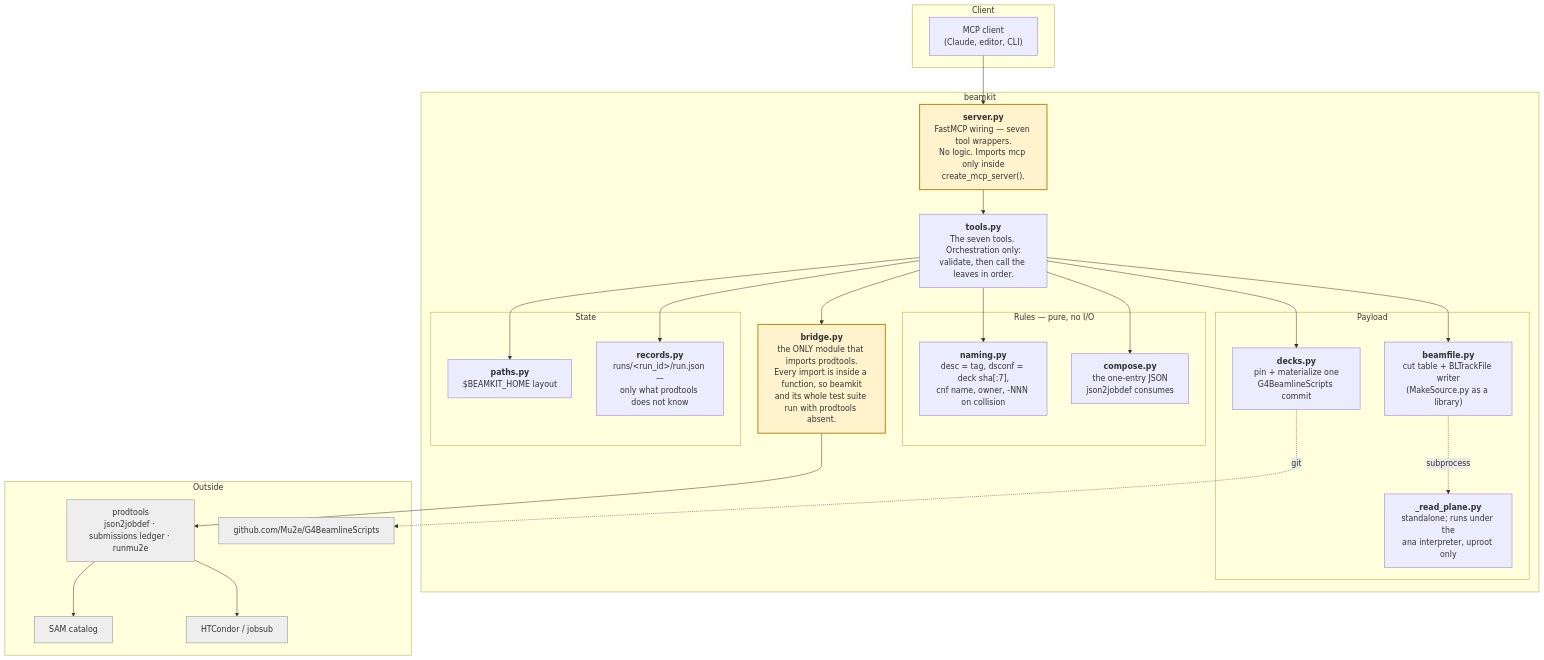
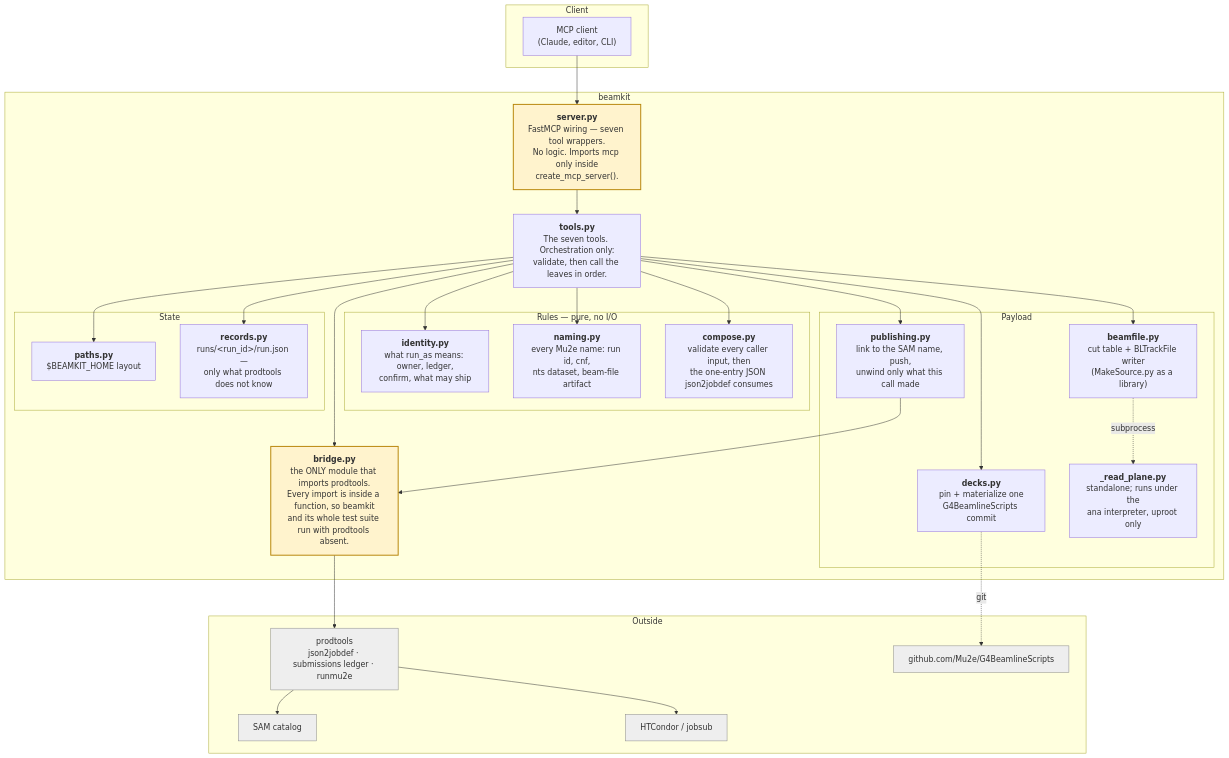
One commit to oksuzian/beamkit changed the first of 3 diagrams in docs/architecture.md. Above: the diagram before and after it, drawn with Mermaid. The commit also changed other lines of this file and 2 other files, not shown here.

First line of the commit message:
docs: identity and publishing modules, run states, label, CONTEXT.md

````diff
--- a/docs/architecture.md
+++ b/docs/architecture.md
@@ -16,49 +16,52 @@
 ```mermaid
 graph TB
     subgraph clients["Client"]
         MCP["MCP client<br/>(Claude, editor, CLI)"]
     end
 
     subgraph beamkit["beamkit"]
         SRV["<b>server.py</b><br/>FastMCP wiring — seven tool wrappers.<br/>No logic. Imports mcp only inside<br/>create_mcp_server()."]
         TOOLS["<b>tools.py</b><br/>The seven tools. Orchestration only:<br/>validate, then call the leaves in order."]
 
         subgraph rules["Rules — pure, no I/O"]
-            NAM["<b>naming.py</b><br/>desc = tag, dsconf = deck sha[:7],<br/>cnf name, owner, -NNN on collision"]
-            CMP["<b>compose.py</b><br/>the one-entry JSON<br/>json2jobdef consumes"]
+            IDN["<b>identity.py</b><br/>what run_as means: owner, ledger,<br/>confirm, what may ship"]
+            NAM["<b>naming.py</b><br/>every Mu2e name: run id, cnf,<br/>nts dataset, beam-file artifact"]
+            CMP["<b>compose.py</b><br/>validate every caller input, then<br/>the one-entry JSON json2jobdef consumes"]
         end
 
         subgraph payload["Payload"]
             DEK["<b>decks.py</b><br/>pin + materialize one<br/>G4BeamlineScripts commit"]
             BF["<b>beamfile.py</b><br/>cut table + BLTrackFile writer<br/>(MakeSource.py as a library)"]
+            PUB["<b>publishing.py</b><br/>link to the SAM name, push,<br/>unwind only what this call made"]
             RP["<b>_read_plane.py</b><br/>standalone; runs under the<br/>ana interpreter, uproot only"]
         end
 
         subgraph store["State"]
             PTH["<b>paths.py</b><br/>$BEAMKIT_HOME layout"]
             REC["<b>records.py</b><br/>runs/&lt;run_id&gt;/run.json —<br/>only what prodtools does not know"]
         end
 
         BRG["<b>bridge.py</b><br/>the ONLY module that imports prodtools.<br/>Every import is inside a function, so beamkit<br/>and its whole test suite run with prodtools absent."]
     end
 
     subgraph ext["Outside"]
         PT["prodtools<br/>json2jobdef · submissions ledger · runmu2e"]
         SAM["SAM catalog"]
         GRID["HTCondor / jobsub"]
         GIT["github.com/Mu2e/G4BeamlineScripts"]
     end
 
     MCP --> SRV --> TOOLS
-    TOOLS --> NAM & CMP & DEK & BF & REC & PTH
+    TOOLS --> IDN & NAM & CMP & DEK & BF & PUB & REC & PTH
     TOOLS --> BRG
+    PUB --> BRG
     BF -.->|subprocess| RP
     DEK -.->|git| GIT
     BRG --> PT
     PT --> SAM & GRID
 
     classDef boundary fill:#fff3cd,stroke:#b8860b,stroke-width:2px
     classDef external fill:#eee,stroke:#888
     class SRV,BRG boundary
     class PT,SAM,GRID,GIT external
 ```
````
